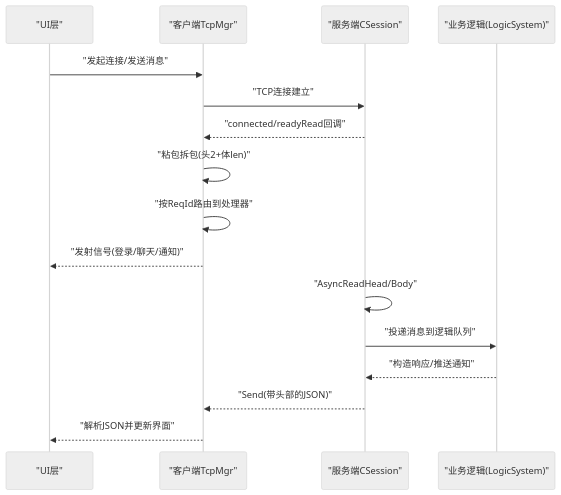
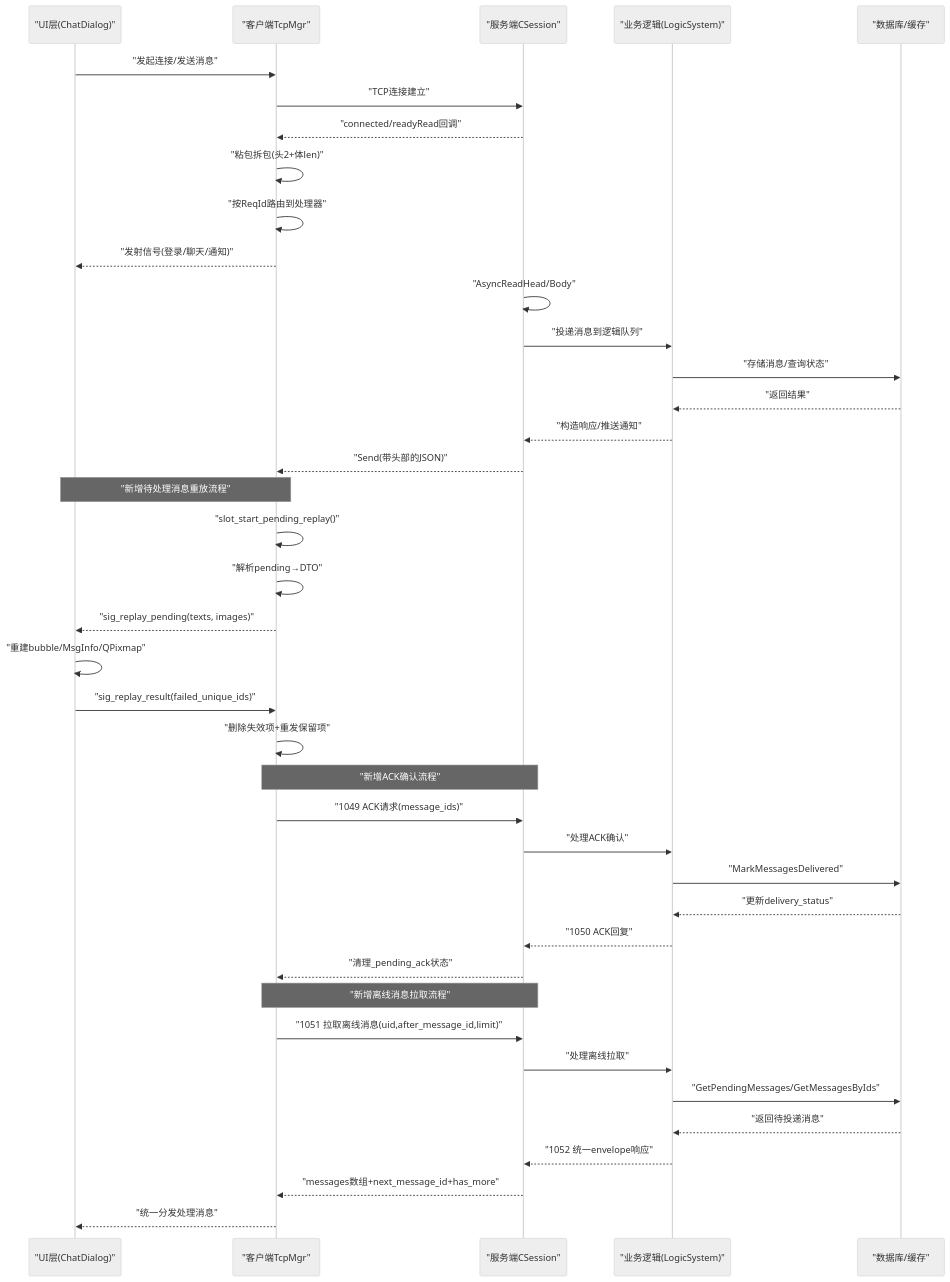
The second of 5 diagrams in .qoder/repowiki/zh/content/网络通信/TCP通信协议/TCP通信协议.md (echo9923/mychatter), drawn with Mermaid (neutral theme) before and after one commit. The commit also changed other lines of this file and 54 other files, not shown here.

````diff
--- a/.qoder/repowiki/zh/content/网络通信/TCP通信协议/TCP通信协议.md
+++ b/.qoder/repowiki/zh/content/网络通信/TCP通信协议/TCP通信协议.md
@@ -94,18 +114,42 @@
 ```mermaid
 sequenceDiagram
-participant UI as "UI层"
+participant UI as "UI层(ChatDialog)"
 participant TM as "客户端TcpMgr"
 participant S as "服务端CSession"
 participant L as "业务逻辑(LogicSystem)"
+participant DB as "数据库/缓存"
 UI->>TM : "发起连接/发送消息"
 TM->>S : "TCP连接建立"
 S-->>TM : "connected/readyRead回调"
 TM->>TM : "粘包拆包(头2+体len)"
 TM->>TM : "按ReqId路由到处理器"
 TM-->>UI : "发射信号(登录/聊天/通知)"
 S->>S : "AsyncReadHead/Body"
 S->>L : "投递消息到逻辑队列"
+L->>DB : "存储消息/查询状态"
+DB-->>L : "返回结果"
 L-->>S : "构造响应/推送通知"
 S-->>TM : "Send(带头部的JSON)"
-TM-->>UI : "解析JSON并更新界面"
+Note over TM,UI : "新增待处理消息重放流程"
+TM->>TM : "slot_start_pending_replay()"
+TM->>TM : "解析pending→DTO"
+TM-->>UI : "sig_replay_pending(texts, images)"
+UI->>UI : "重建bubble/MsgInfo/QPixmap"
+UI->>TM : "sig_replay_result(failed_unique_ids)"
+TM->>TM : "删除失效项+重发保留项"
+Note over TM,S : "新增ACK确认流程"
+TM->>S : "1049 ACK请求(message_ids)"
+S->>L : "处理ACK确认"
+L->>DB : "MarkMessagesDelivered"
+DB-->>L : "更新delivery_status"
+L-->>S : "1050 ACK回复"
+S-->>TM : "清理_pending_ack状态"
+Note over TM,S : "新增离线消息拉取流程"
+TM->>S : "1051 拉取离线消息(uid,after_message_id,limit)"
+S->>L : "处理离线拉取"
+L->>DB : "GetPendingMessages/GetMessagesByIds"
+DB-->>L : "返回待投递消息"
+L-->>S : "1052 统一envelope响应"
+S-->>TM : "messages数组+next_message_id+has_more"
+TM-->>UI : "统一分发处理消息"
 ```
````
